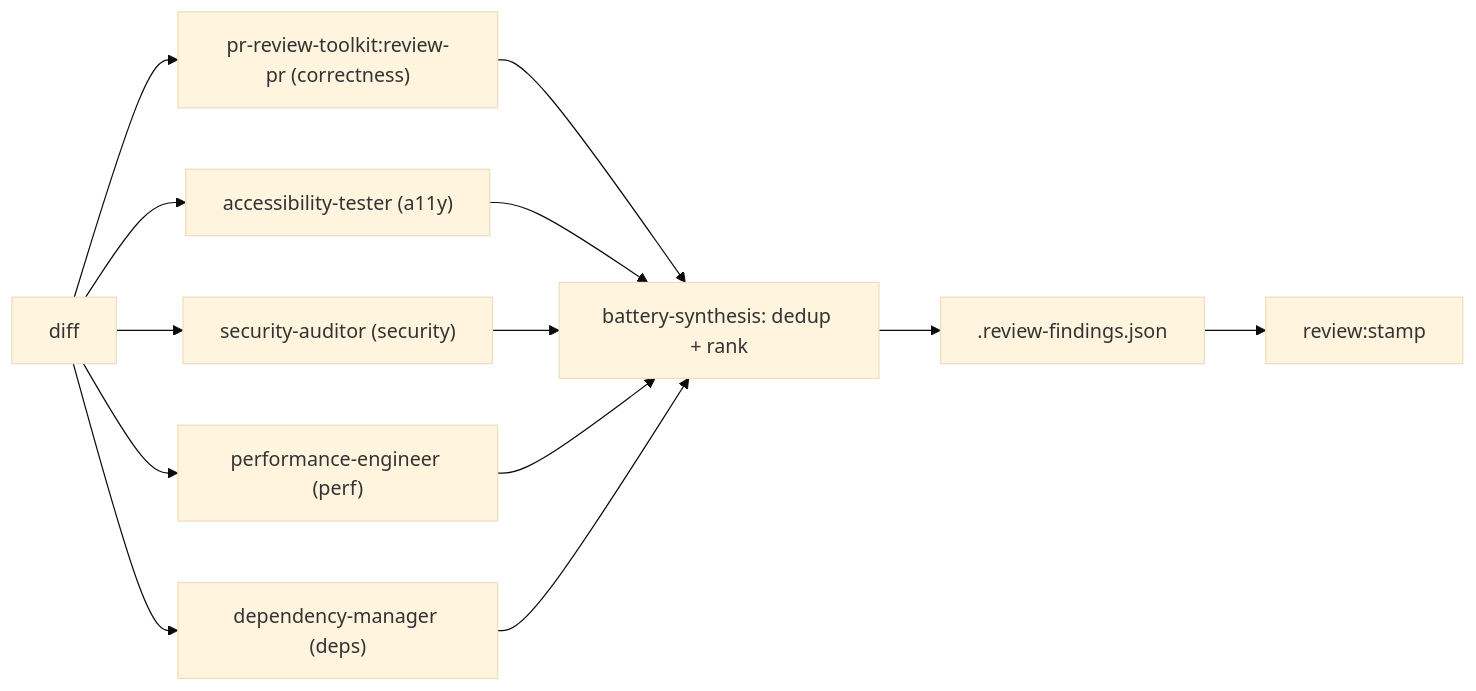
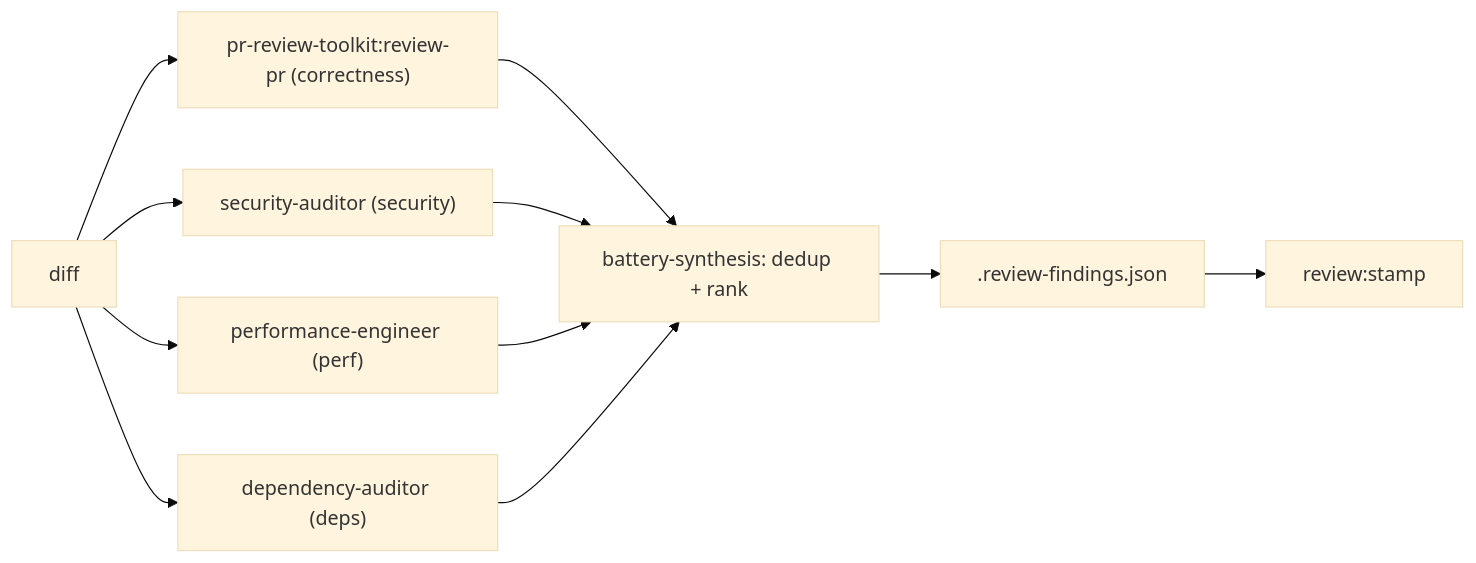
One commit to erikunha/portfolio changed the third of 3 diagrams in docs/handbook/ai-assisted-development.md. Above: the diagram before and after it, drawn with Mermaid (base theme). The commit also changed other lines of this file and 79 other files, not shown here.

````diff
--- a/docs/handbook/ai-assisted-development.md
+++ b/docs/handbook/ai-assisted-development.md
@@ -81,11 +81,10 @@
 ```mermaid
 flowchart LR
     diff["diff"] --> b1["pr-review-toolkit:review-pr (correctness)"]
-    diff --> b2["accessibility-tester (a11y)"]
-    diff --> b3["security-auditor (security)"]
-    diff --> b4["performance-engineer (perf)"]
-    diff --> b5["dependency-manager (deps)"]
-    b1 & b2 & b3 & b4 & b5 --> synth["battery-synthesis: dedup + rank"]
+    diff --> b2["security-auditor (security)"]
+    diff --> b3["performance-engineer (perf)"]
+    diff --> b4["dependency-auditor (deps)"]
+    b1 & b2 & b3 & b4 --> synth["battery-synthesis: dedup + rank"]
     synth --> ledger[".review-findings.json"]
     ledger --> stamp["review:stamp"]
 ```
````
